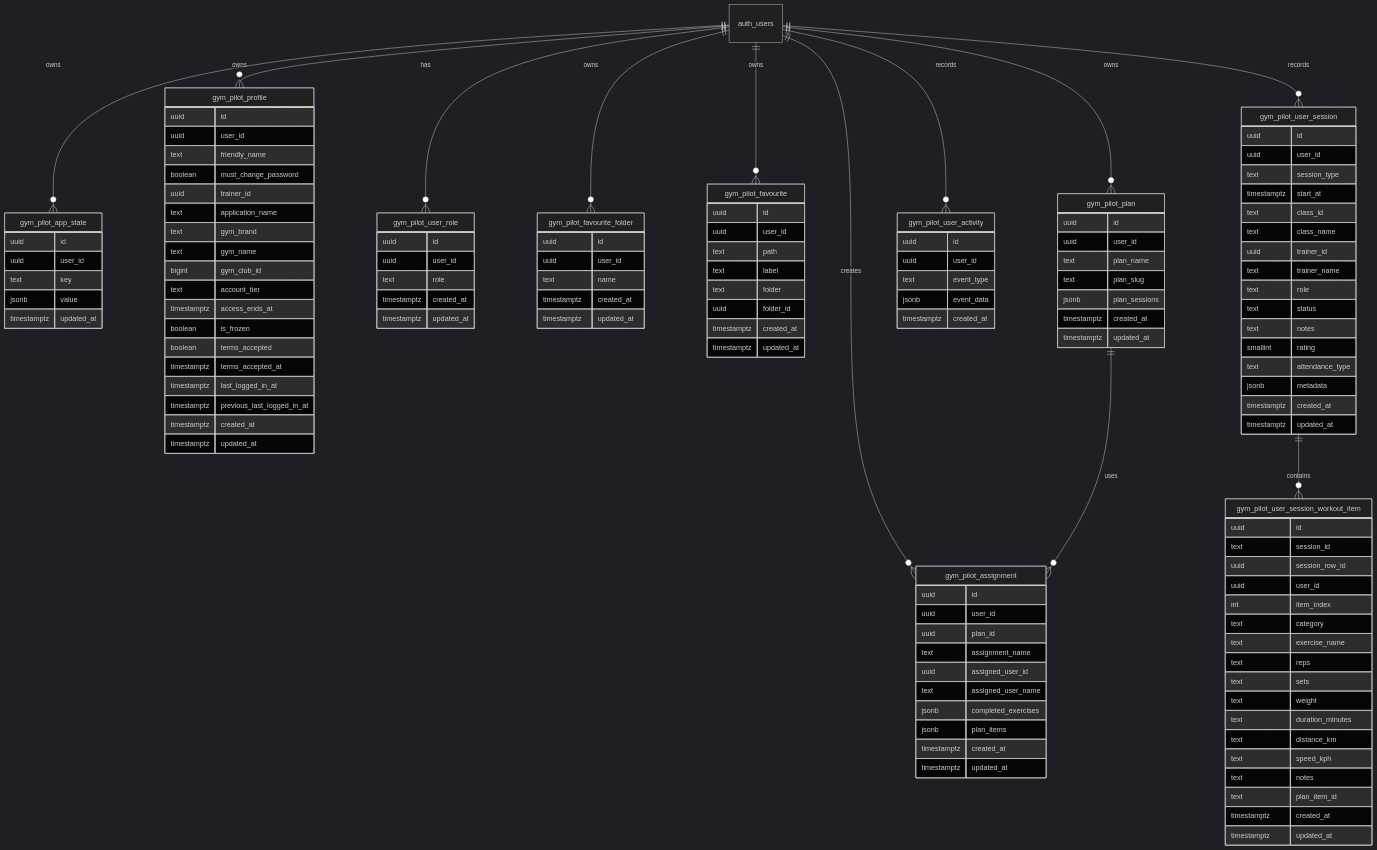
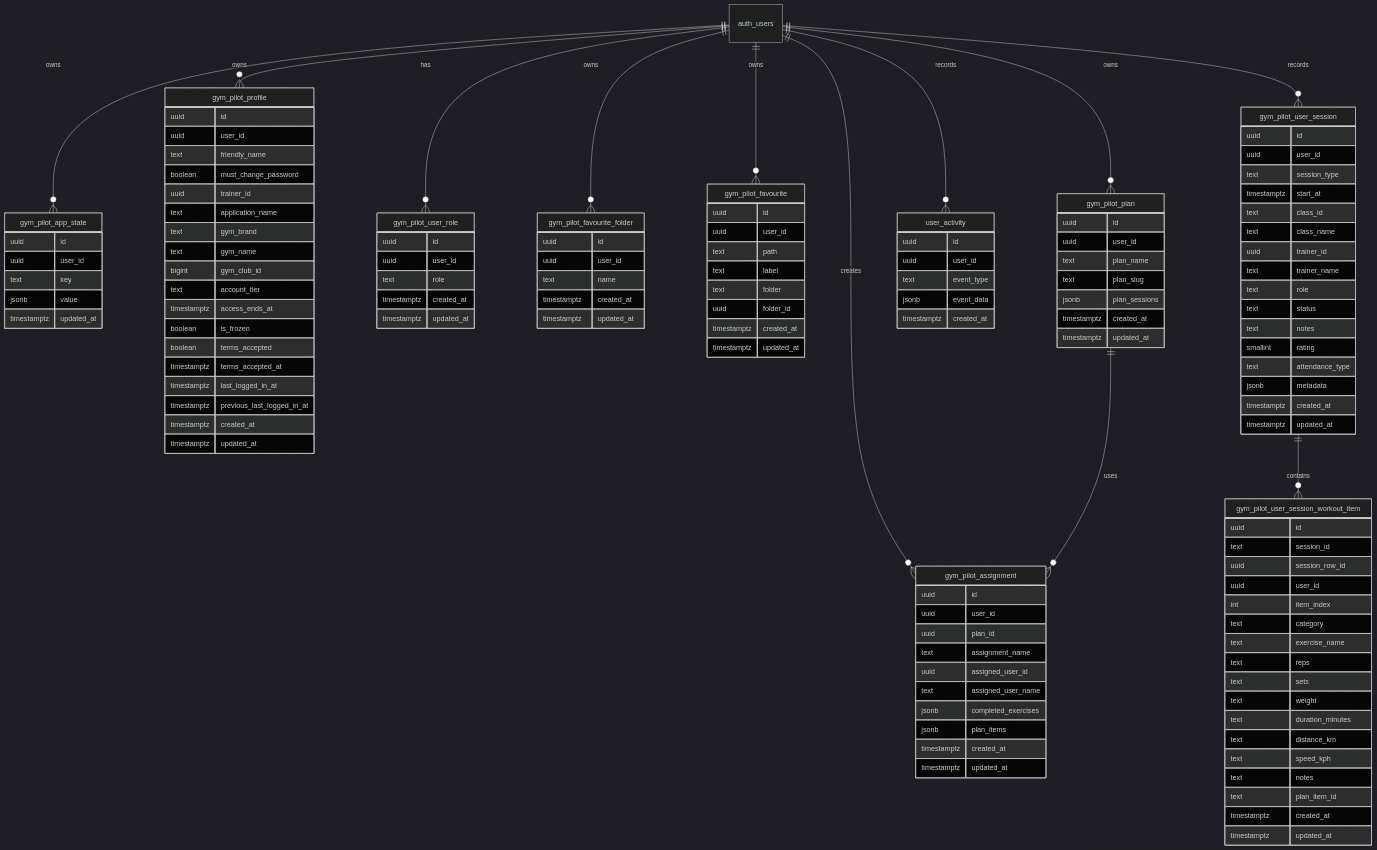
The diagram in docs/data-schema.md (asudbury/gym-pilot), drawn with Mermaid (dark theme) before and after one commit. The commit also changed other lines of this file and 7 other files, not shown here.

```diff
--- a/docs/data-schema.md
+++ b/docs/data-schema.md
@@ -223,7 +223,7 @@
     auth_users ||--o{ gym_pilot_favourite : owns
     auth_users ||--o{ gym_pilot_plan : owns
     auth_users ||--o{ gym_pilot_assignment : creates
-    auth_users ||--o{ gym_pilot_user_activity : records
+    auth_users ||--o{ user_activity : records
     auth_users ||--o{ gym_pilot_user_session : records
     gym_pilot_plan ||--o{ gym_pilot_assignment : uses
     gym_pilot_user_session ||--o{ gym_pilot_user_session_workout_item : contains
@@ -307,7 +307,7 @@
         timestamptz updated_at
     }
 
-    gym_pilot_user_activity {
+    user_activity {
         uuid id
         uuid user_id
         text event_type
```
